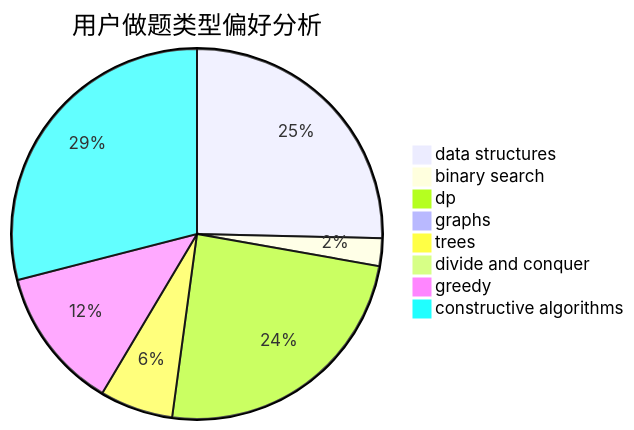
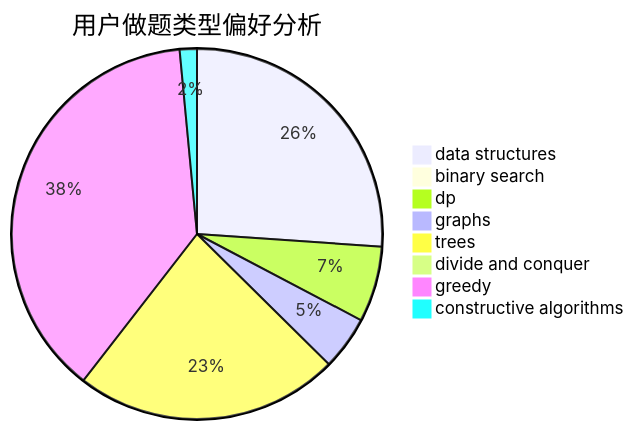
Before and after one commit to sherpahu/cfrs.github.io: the second of 3 diagrams in docs/user/u2463.md, drawn with Mermaid. The commit also changed other lines of this file and 2770 other files, not shown here.

````diff
--- a/docs/user/u2463.md
+++ b/docs/user/u2463.md
@@ -23,11 +23,11 @@
 ```mermaid
 pie title 用户做题类型偏好分析
-    "data structures" :  230
-    "binary search" :  22
-    "dp" :  221
-    "graphs" :  3
-    "trees" :  58
-    "divide and conquer" :  8
-    "greedy" :  113
-    "constructive algorithms" :  263
+    "data structures" :  261
+    "binary search" :  0
+    "dp" :  66
+    "graphs" :  47
+    "trees" :  231
+    "divide and conquer" :  0
+    "greedy" :  380
+    "constructive algorithms" :  15
 ```
````
